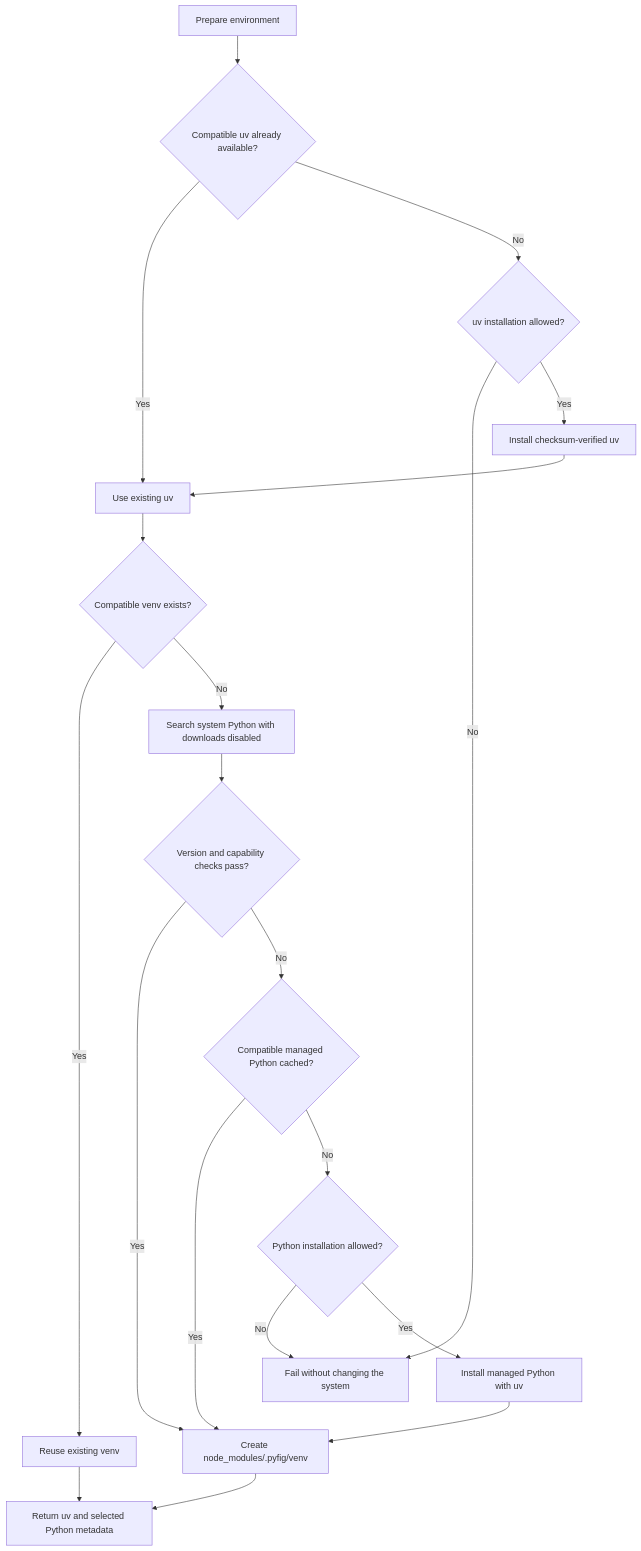
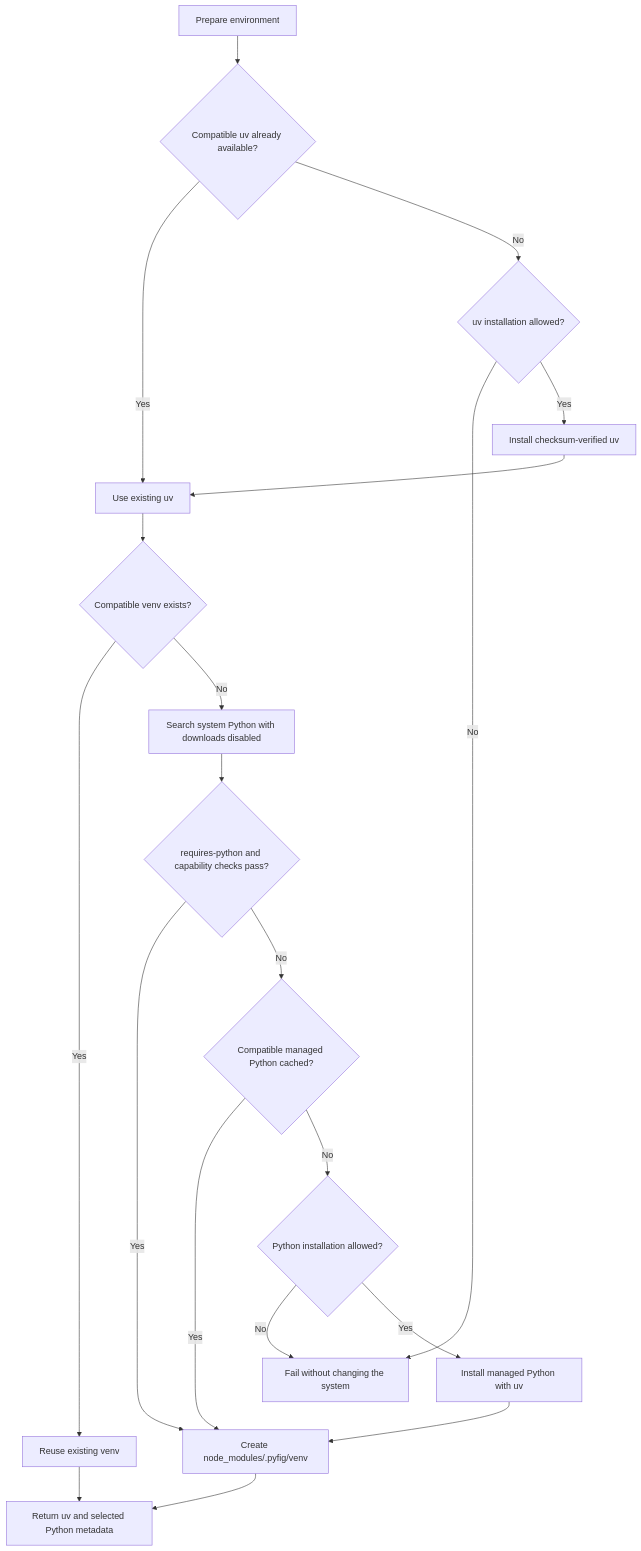
Before and after one commit to regbo/lfp-common: the diagram in docs/diagrams/python-selection.mmd, drawn with Mermaid. The commit also changed 21 other files, not shown here.

```diff
--- a/docs/diagrams/python-selection.mmd
+++ b/docs/diagrams/python-selection.mmd
@@ -1,20 +1,20 @@
 flowchart TD
     A["Prepare environment"] --> B{"Compatible uv already available?"}
     B -->|Yes| C["Use existing uv"]
     B -->|No| D{"uv installation allowed?"}
     D -->|No| Z["Fail without changing the system"]
     D -->|Yes| E["Install checksum-verified uv"]
     E --> C
     C --> F{"Compatible venv exists?"}
     F -->|Yes| G["Reuse existing venv"]
     F -->|No| H["Search system Python with downloads disabled"]
-    H --> I{"Version and capability checks pass?"}
+    H --> I{"requires-python and capability checks pass?"}
     I -->|Yes| J["Create node_modules/.pyfig/venv"]
     I -->|No| K{"Compatible managed Python cached?"}
     K -->|Yes| J
     K -->|No| L{"Python installation allowed?"}
     L -->|No| Z
     L -->|Yes| M["Install managed Python with uv"]
     M --> J
     J --> N["Return uv and selected Python metadata"]
     G --> N
```
